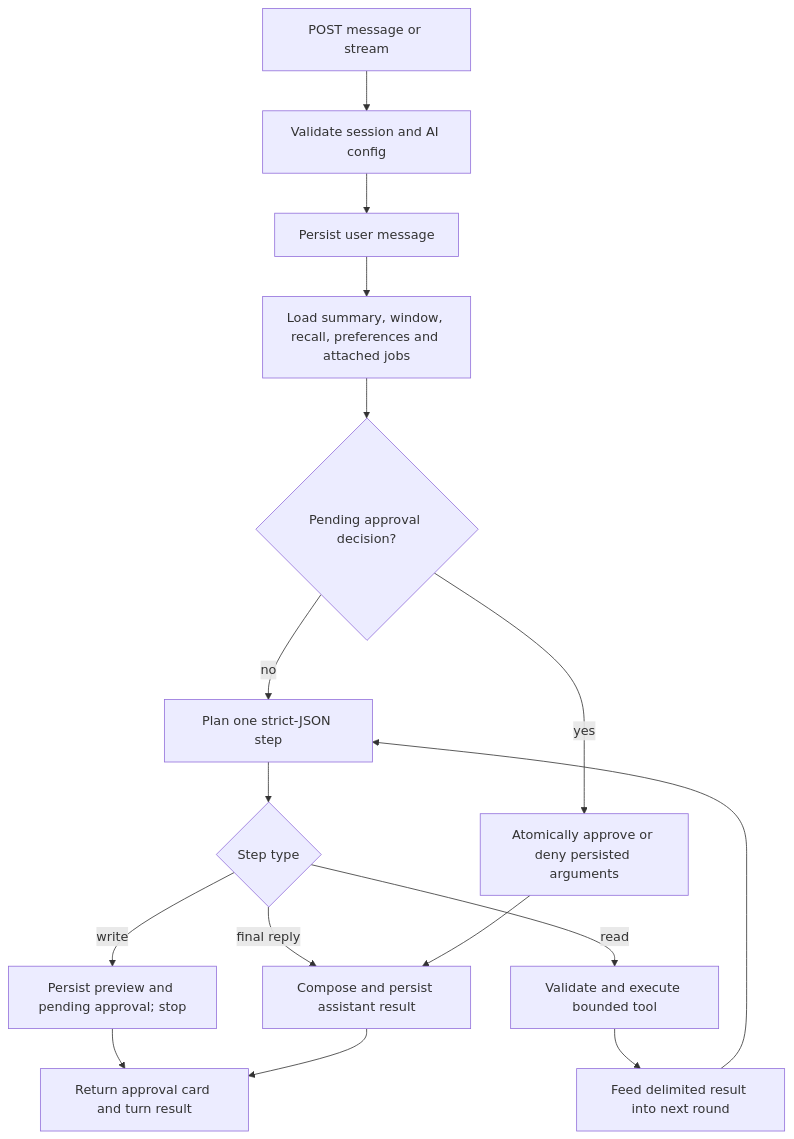
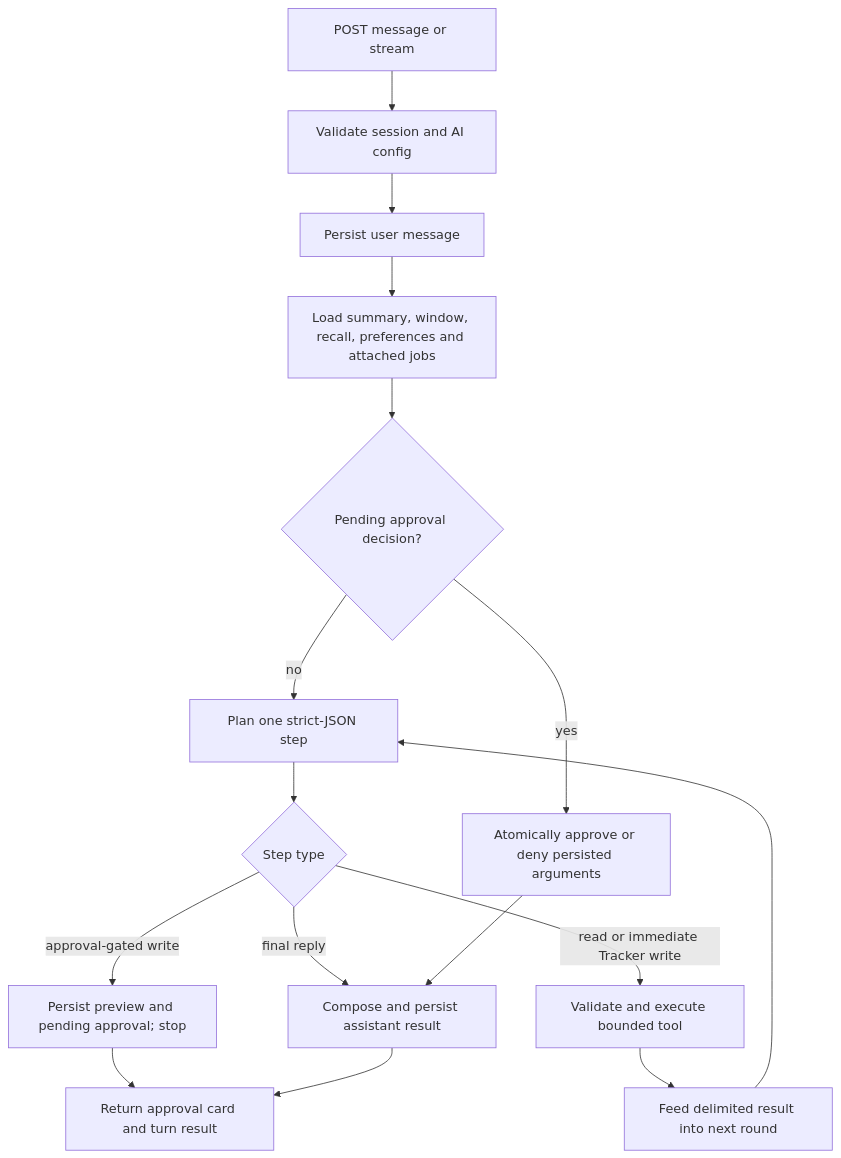
The second of 2 diagrams in docs/modules/ai-agent.md (KaiusJin/WeCanFindIntern), drawn with Mermaid before and after one commit. The commit also changed other lines of this file and 17 other files, not shown here.

````diff
--- a/docs/modules/ai-agent.md
+++ b/docs/modules/ai-agent.md
@@ -129,18 +134,18 @@
 ```mermaid
 flowchart TD
     A[POST message or stream] --> B[Validate session and AI config]
     B --> C[Persist user message]
     C --> D[Load summary, window, recall, preferences and attached jobs]
     D --> E{Pending approval decision?}
     E -->|yes| F[Atomically approve or deny persisted arguments]
     E -->|no| G[Plan one strict-JSON step]
     G --> H{Step type}
-    H -->|read| I[Validate and execute bounded tool]
+    H -->|read or immediate Tracker write| I[Validate and execute bounded tool]
     I --> J[Feed delimited result into next round]
     J --> G
-    H -->|write| K[Persist preview and pending approval; stop]
+    H -->|approval-gated write| K[Persist preview and pending approval; stop]
     H -->|final reply| L[Compose and persist assistant result]
     F --> L
     K --> M[Return approval card and turn result]
     L --> M
 ```
````
